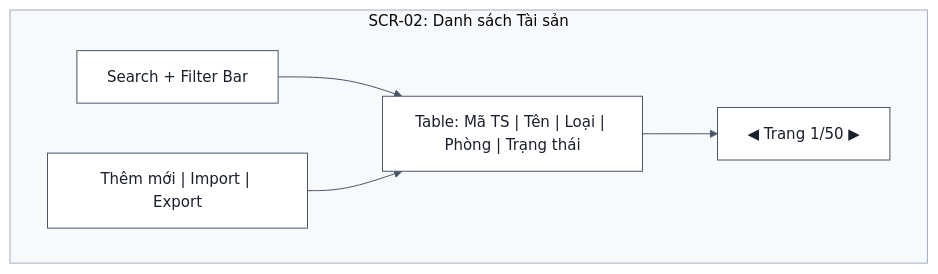
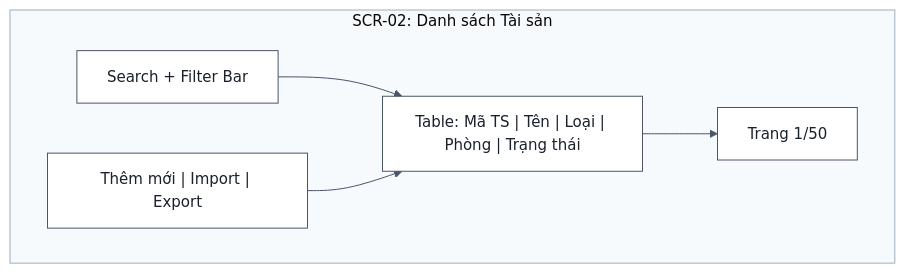
One commit to sonbui31/BA-studies changed the diagram in BA-agent/BA-document-rule/core/screen-inventory-guide.md. Above: the diagram before and after it, drawn with Mermaid. The commit also changed other lines of this file and 102 other files, not shown here.

````diff
--- a/BA-agent/BA-document-rule/core/screen-inventory-guide.md
+++ b/BA-agent/BA-document-rule/core/screen-inventory-guide.md
@@ -73,12 +92,12 @@
 ```mermaid
 %%{init: {"theme": "base", "fontFamily": "Arial, Helvetica, sans-serif", "themeVariables": {"fontSize": "15px", "primaryColor": "#FFFFFF", "primaryBorderColor": "#4A5568", "primaryTextColor": "#1A202C", "lineColor": "#4A5568", "secondaryColor": "#F7FAFC", "tertiaryColor": "#F7FAFC", "clusterBkg": "#F7FAFC", "clusterBorder": "#A0AEC0", "edgeLabelBackground": "#FFFFFF", "actorBkg": "#EBF8FF", "actorBorder": "#2B6CB0", "noteBkgColor": "#FFF8E1", "noteBorderColor": "#B7791F"}}}%%
 graph TD
     subgraph "SCR-02: Danh sách Tài sản"
         Header["Search + Filter Bar"]
         Table["Table: Mã TS | Tên | Loại | Phòng | Trạng thái"]
         Actions["Thêm mới | Import | Export"]
-        Pagination["◀ Trang 1/50 ▶"]
+        Pagination["Trang 1/50"]
     end
     Header --> Table --> Pagination
     Actions --> Table
 ```
````
